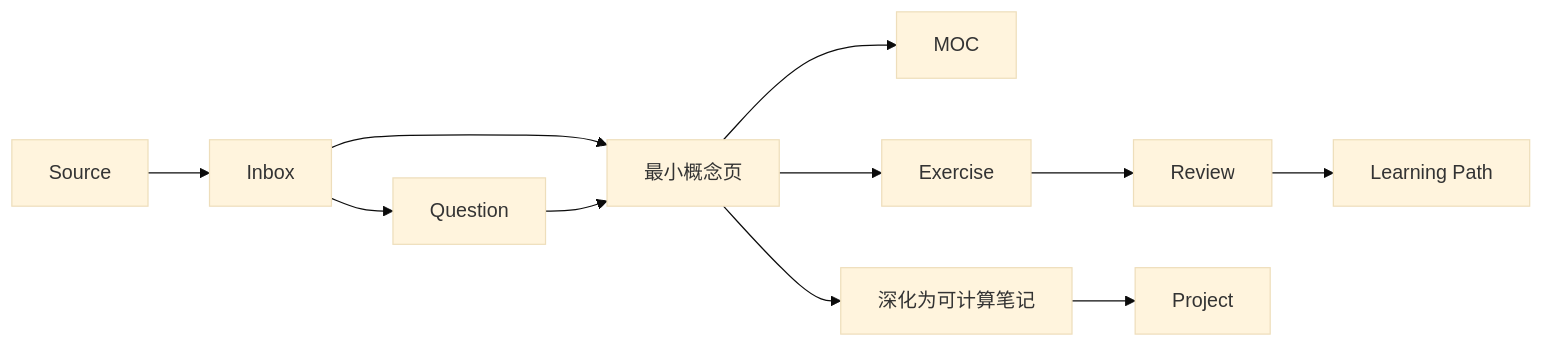
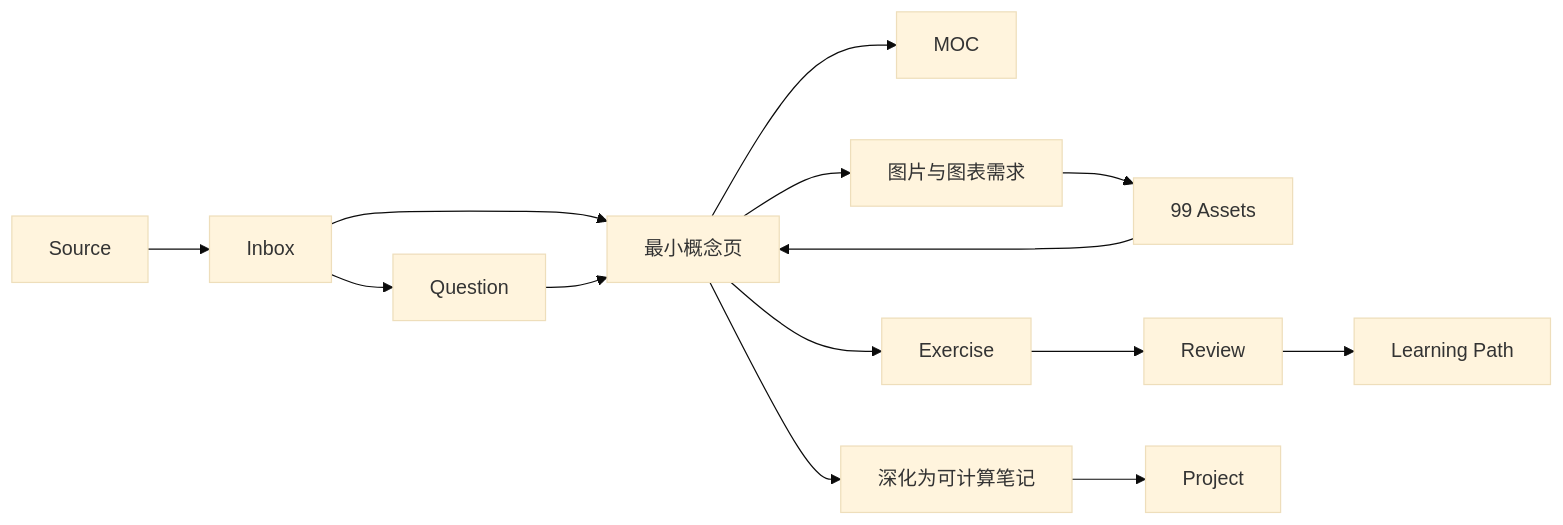
The diagram in 05 Meta/知识库架构 V2.md (kangbeicai/math-knowledge-vault), drawn with Mermaid (base theme) before and after one commit. The commit also changed other lines of this file and 11 other files, not shown here.

Commit message:
docs: add assets architecture and manifold diagram plan

````diff
--- a/05 Meta/知识库架构 V2.md
+++ b/05 Meta/知识库架构 V2.md
@@ -69,13 +93,16 @@
 ```mermaid
 flowchart LR
     S[Source] --> I[Inbox]
     I --> C[最小概念页]
     I --> Q[Question]
     C --> M[MOC]
     C --> E[Exercise]
     C --> D[深化为可计算笔记]
+    C --> A[图片与图表需求]
+    A --> R[99 Assets]
+    R --> C
     Q --> C
-    E --> R[Review]
-    R --> P[Learning Path]
+    E --> V[Review]
+    V --> P[Learning Path]
     D --> J[Project]
 ```
````
